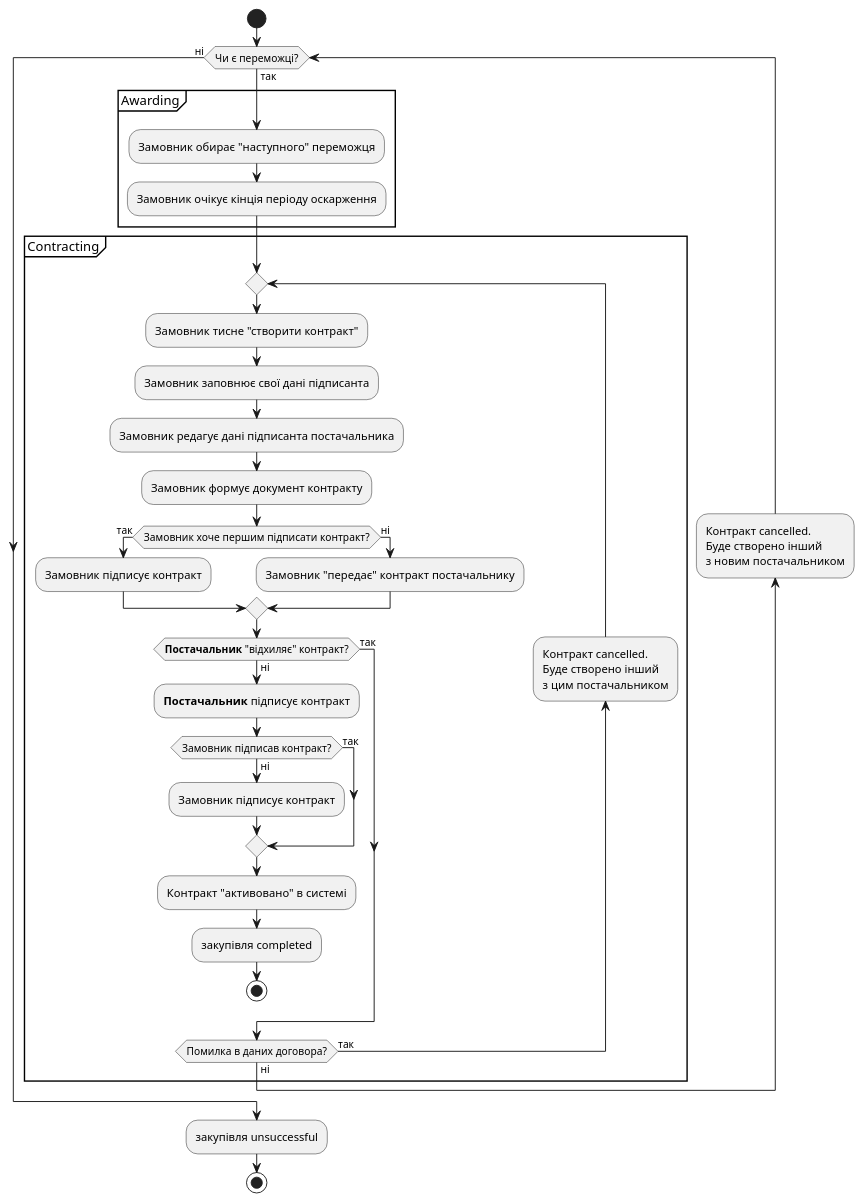
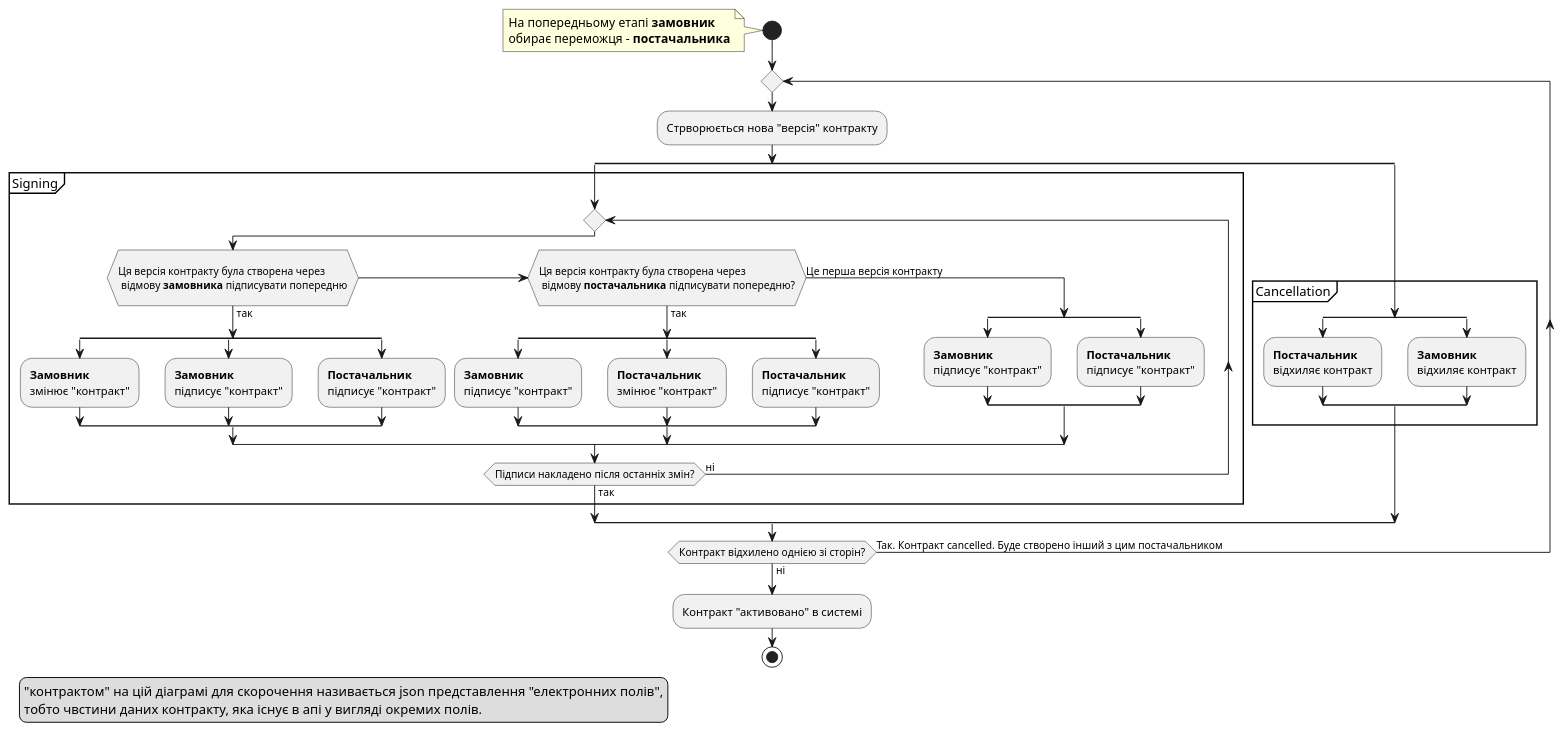
The diagram in docs/source/development/diagrams/e_contract_signing/activity.puml (ProzorroUKR/openprocurement.api), drawn with PlantUML before and after one commit. The commit also changed 2 other files, not shown here.

Commit message:
contract signing changes

```diff
--- a/docs/source/development/diagrams/e_contract_signing/activity.puml
+++ b/docs/source/development/diagrams/e_contract_signing/activity.puml
@@ -1,54 +1,76 @@
 @startuml
 start
 
-while (Чи є переможці?) is (так)
+note
+На попередньому етапі **замовник**
+обирає переможця - **постачальника**
+endnote
+
+repeat
+
+:Стрворюється нова "версія" контракту;
 
 
-  partition Awarding {
-        label awarding
-        :Замовник обирає "наступного" переможця;
-        :Замовник очікує кінція періоду оскарження;
+
+split
+    partition Signing {
+        repeat
+
+            if (\nЦя версія контракту була створена через\n відмову **замовника** підписувати попередню\n) then (так)
+                split
+                    :**Замовник** \nзмінює "контракт";
+                split again
+                    :**Замовник** \nпідписує "контракт";
+                split again
+                    :**Постачальник** \nпідписує "контракт";
+                end split
+            elseif (\nЦя версія контракту була створена через\n відмову **постачальника** підписувати попередню?\n) then (так)
+                split
+                    :**Замовник** \nпідписує "контракт";
+                split again
+                    :**Постачальник** \nзмінює "контракт";
+                split again
+                    :**Постачальник** \nпідписує "контракт";
+                end split
+            else (Це перша версія контракту)
+                 split
+                    :**Замовник** \nпідписує "контракт";
+                split again
+                    :**Постачальник** \nпідписує "контракт";
+                end split
+            endif
+
+        repeat while (Підписи накладено після останніх змін?) is (ні) not (так);
     }
-
-    partition Contracting {
-        repeat
-        :Замовник тисне "створити контракт";
-        :Замовник заповнює свої дані підписанта;
-        :Замовник редагує дані підписанта постачальника;
-        :Замовник формує документ контракту;
-
-        if (Замовник хоче першим підписати контракт?) then (так)
-            :Замовник підписує контракт;
-        else (ні)
-            :Замовник "передає" контракт постачальнику;
-        endif
+split again
+    partition Cancellation {
+        split
+        :**Постачальник** \nвідхиляє контракт;
+        split again
+        :**Замовник** \nвідхиляє контракт;
+        end split
+    }
+end split
 
 
-        if (**Постачальник** "відхиляє" контракт?) then (ні)
-              :**Постачальник** підписує контракт;
 
-              if (Замовник підписав контракт?) then (так)
-              else (ні)
-                    :Замовник підписує контракт;
-              endif
 
-              :Контракт "активовано" в системі;
-              :закупівля completed;
-              stop
-        else (так)
-        endif
+repeat while (Контракт відхилено однією зі сторін?) is (Так. Контракт cancelled. Буде створено інший з цим постачальником) not (ні);
 
-        backward:Контракт cancelled.\nБуде створено інший\nз цим постачальником;
-        repeat while (Помилка в даних договора?) is (так) not (ні);
 
-    }
+:Контракт "активовано" в системі;
+stop
 
-backward:Контракт cancelled.\nБуде створено інший\nз новим постачальником;
-endwhile (ні)
-:закупівля unsuccessful;
-stop
+
+
+legend left
+  "контрактом" на цій діаграмі для скорочення називається json представлення "електронних полів",
+  тобто чвстини даних контракту, яка існує в апі у вигляді окремих полів.
+endlegend
+
+
 
 
 
 
 @enduml
```
